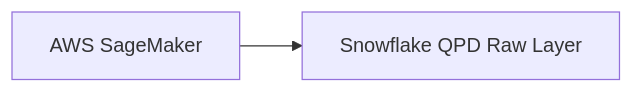
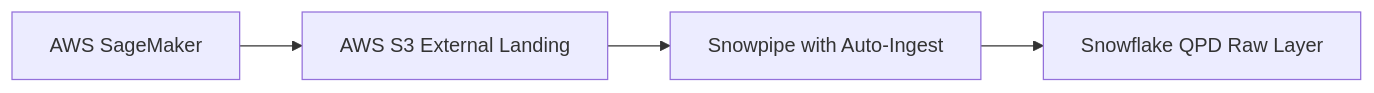
Before and after one commit to sfc-gh-mhindi/REPO_CBA: diagram 13 of 14 in 15-BB-QPD Future State/QPD - Future State.md, drawn with Mermaid. The commit also changed other lines of this file, not shown here.

Commit message:
Update QPD - Future State.md

````diff
--- a/15-BB-QPD Future State/QPD - Future State.md
+++ b/15-BB-QPD Future State/QPD - Future State.md
@@ -536,4 +622,6 @@
 ```mermaid
 graph LR
-    SageMaker[AWS SageMaker] --> SF_Raw[Snowflake QPD Raw Layer]
+    SageMaker[AWS SageMaker] --> S3_Landing[AWS S3 External Landing]
+    S3_Landing --> Snowpipe[Snowpipe with Auto-Ingest]
+    Snowpipe --> SF_Raw[Snowflake QPD Raw Layer]
 ```
````
